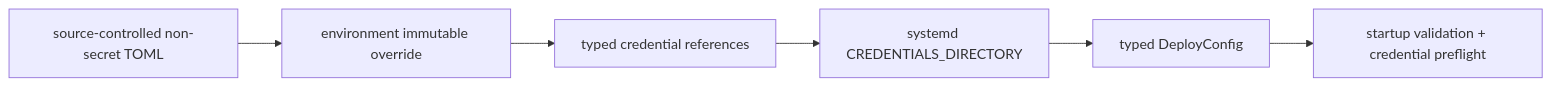
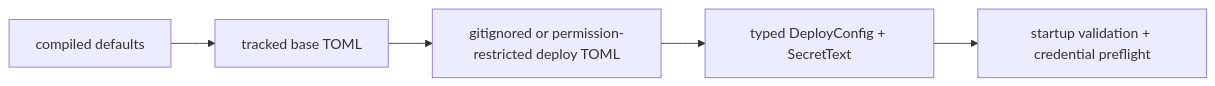
Before and after one commit to solomon-ssy/oxide-arb: the third of 12 diagrams in docs/operations/architecture-and-design.md, drawn with Mermaid. The commit also changed other lines of this file and 330 other files, not shown here.

Commit message:
feat(migration,models,repository,storage,core,web,xtask,docs,config): 🧬 Close typed persistence — sql-contract registry, JSONB/persistence field audits, semantic newtypes, SeaORM 2.0.0 stable, plaintext SecretText deploy config, and drop constant inventory

````diff
--- a/docs/operations/architecture-and-design.md
+++ b/docs/operations/architecture-and-design.md
@@ -162,8 +162,7 @@
 ```mermaid
 flowchart LR
-    Base["source-controlled non-secret TOML"] --> Override["environment immutable override"]
-    Override --> References["typed credential references"]
-    References --> Credentials["systemd CREDENTIALS_DIRECTORY"]
-    Credentials --> Effective["typed DeployConfig"]
+    Defaults["compiled defaults"] --> Base["tracked base TOML"]
+    Base --> Local["gitignored or permission-restricted deploy TOML"]
+    Local --> Effective["typed DeployConfig + SecretText"]
     Effective --> Validation["startup validation + credential preflight"]
 ```
````
